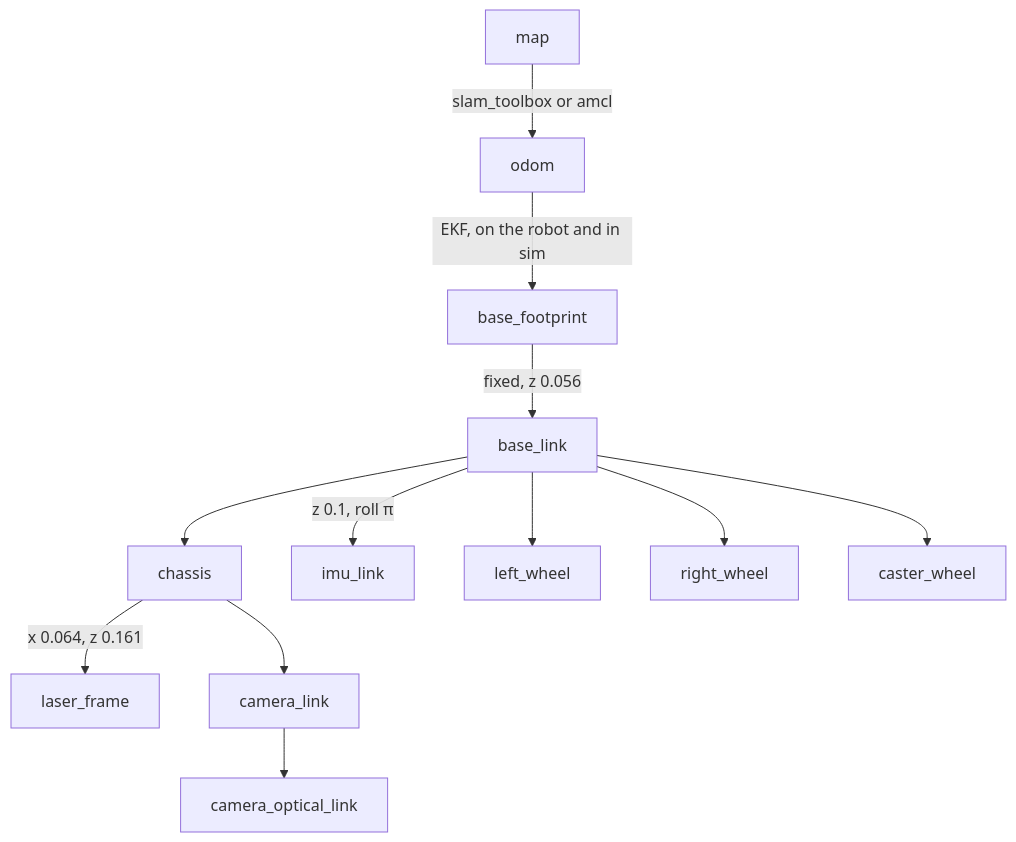
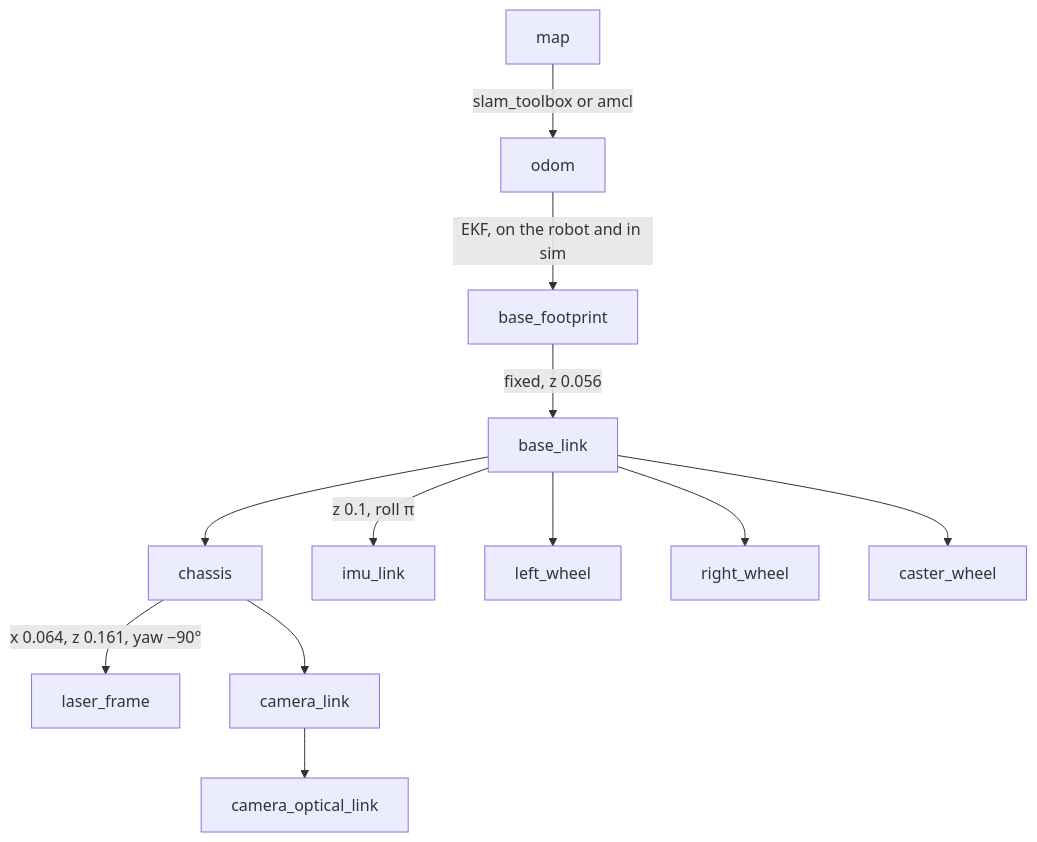
Before and after one commit to jakhon37/autoJetsonBot: the third of 5 diagrams in docs/architecture/SYSTEM_ARCHITECTURE.md, drawn with Mermaid. The commit also changed 5 other files, not shown here.

````diff
--- a/docs/architecture/SYSTEM_ARCHITECTURE.md
+++ b/docs/architecture/SYSTEM_ARCHITECTURE.md
@@ -94,14 +94,14 @@
 ```mermaid
 flowchart TD
     map["map"] -->|"slam_toolbox or amcl"| odom["odom"]
     odom -->|"EKF, on the robot and in sim"| bf["base_footprint"]
     bf -->|"fixed, z 0.056"| bl["base_link"]
     bl --> ch["chassis"]
-    ch -->|"x 0.064, z 0.161"| laser["laser_frame"]
+    ch -->|"x 0.064, z 0.161, yaw −90°"| laser["laser_frame"]
     ch --> cam["camera_link"]
     cam --> camopt["camera_optical_link"]
     bl -->|"z 0.1, roll π"| imu["imu_link"]
     bl --> lw["left_wheel"]
     bl --> rw["right_wheel"]
     bl --> cw["caster_wheel"]
 ```
````
